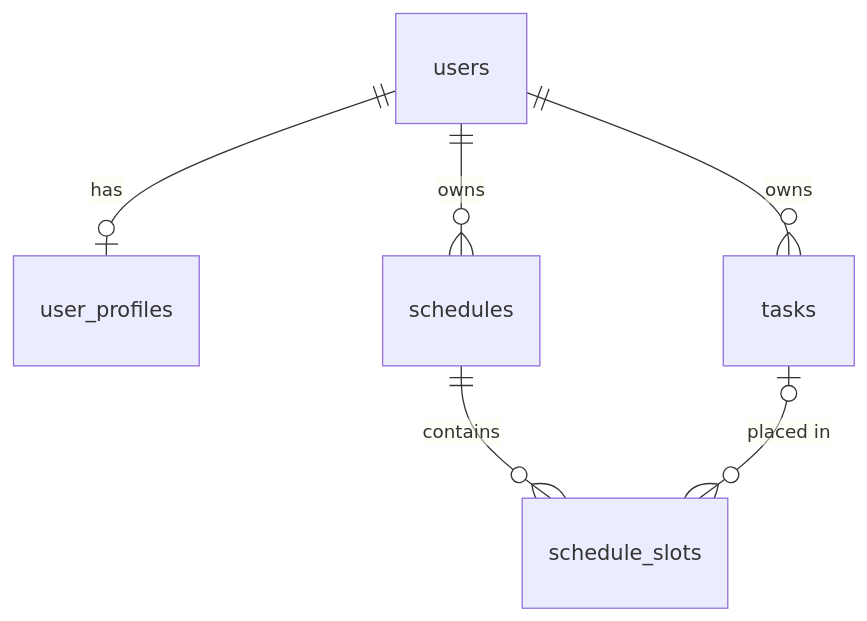
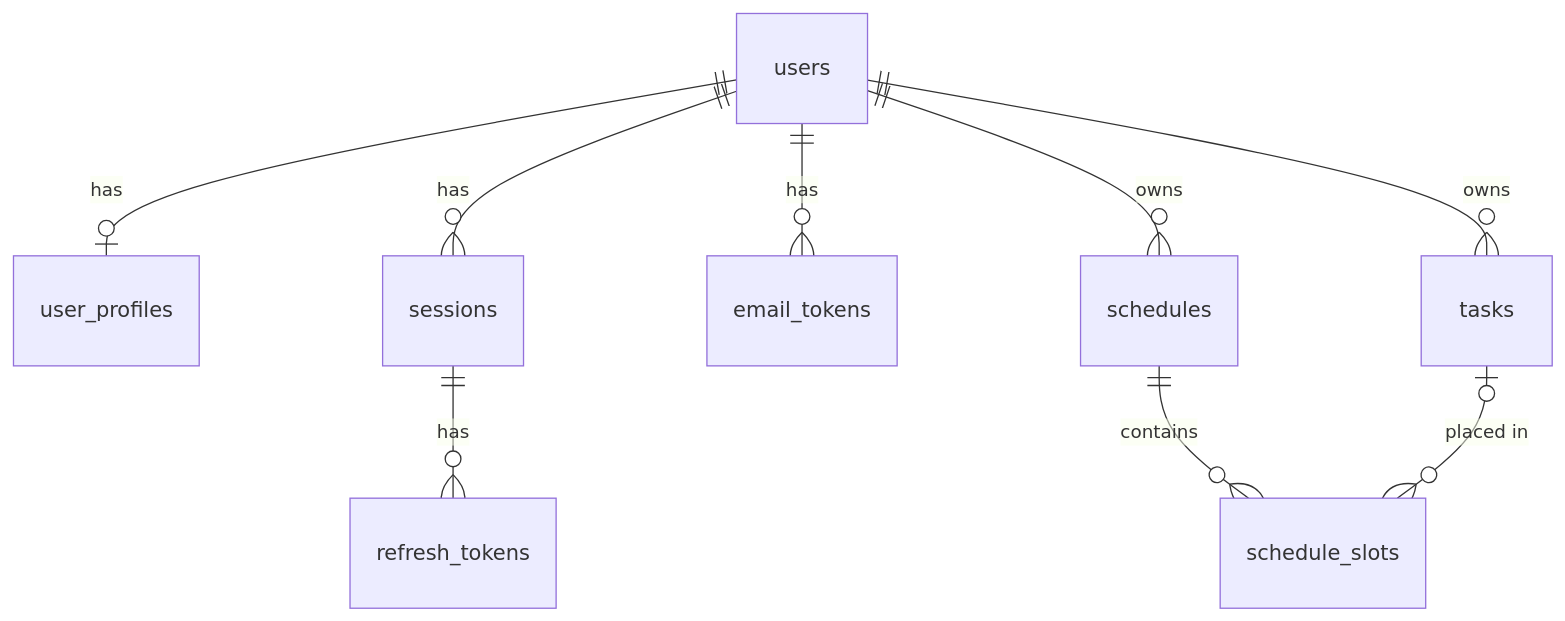
The diagram in backend/docs/db.md (Workgress/perfect-day), drawn with Mermaid before and after one commit. The commit also changed other lines of this file and 17 other files, not shown here.

````diff
--- a/backend/docs/db.md
+++ b/backend/docs/db.md
@@ -7,8 +7,11 @@
 ```mermaid
 erDiagram
     users ||--o| user_profiles : has
+    users ||--o{ sessions : has
+    sessions ||--o{ refresh_tokens : has
+    users ||--o{ email_tokens : has
     users ||--o{ tasks : owns
     users ||--o{ schedules : owns
     schedules ||--o{ schedule_slots : contains
     tasks |o--o{ schedule_slots : "placed in"
 ```
````
